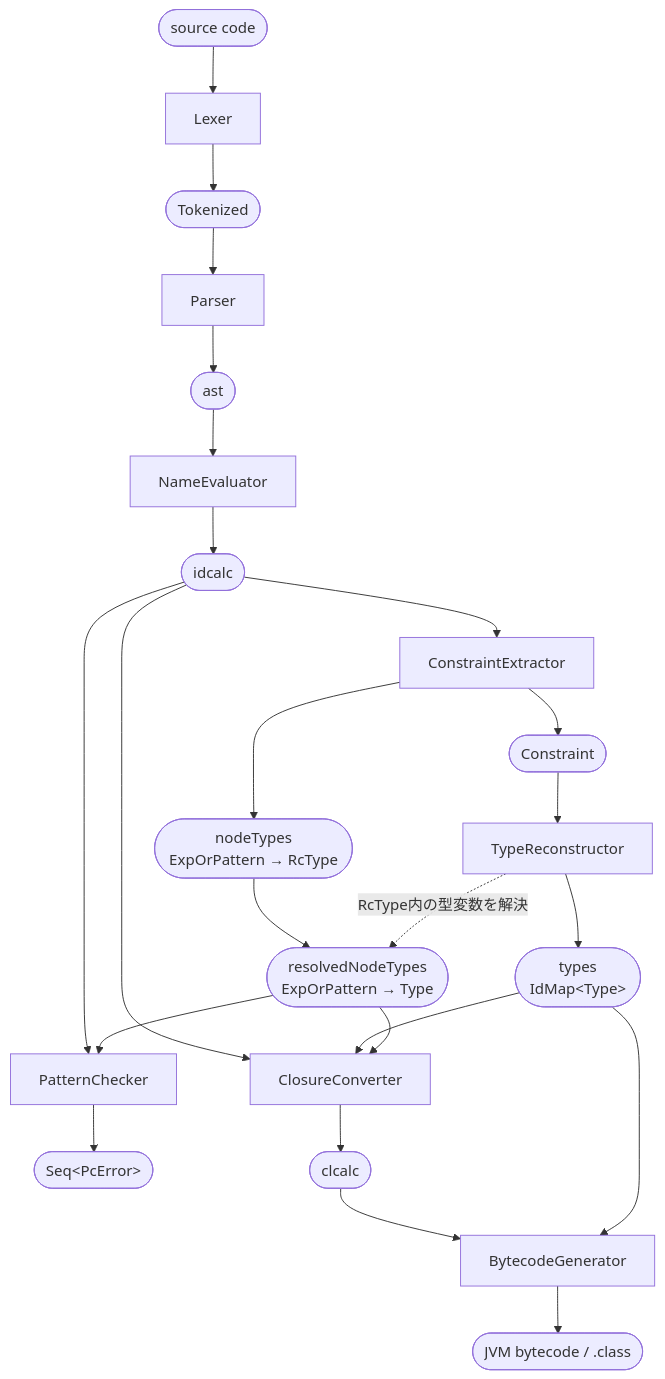
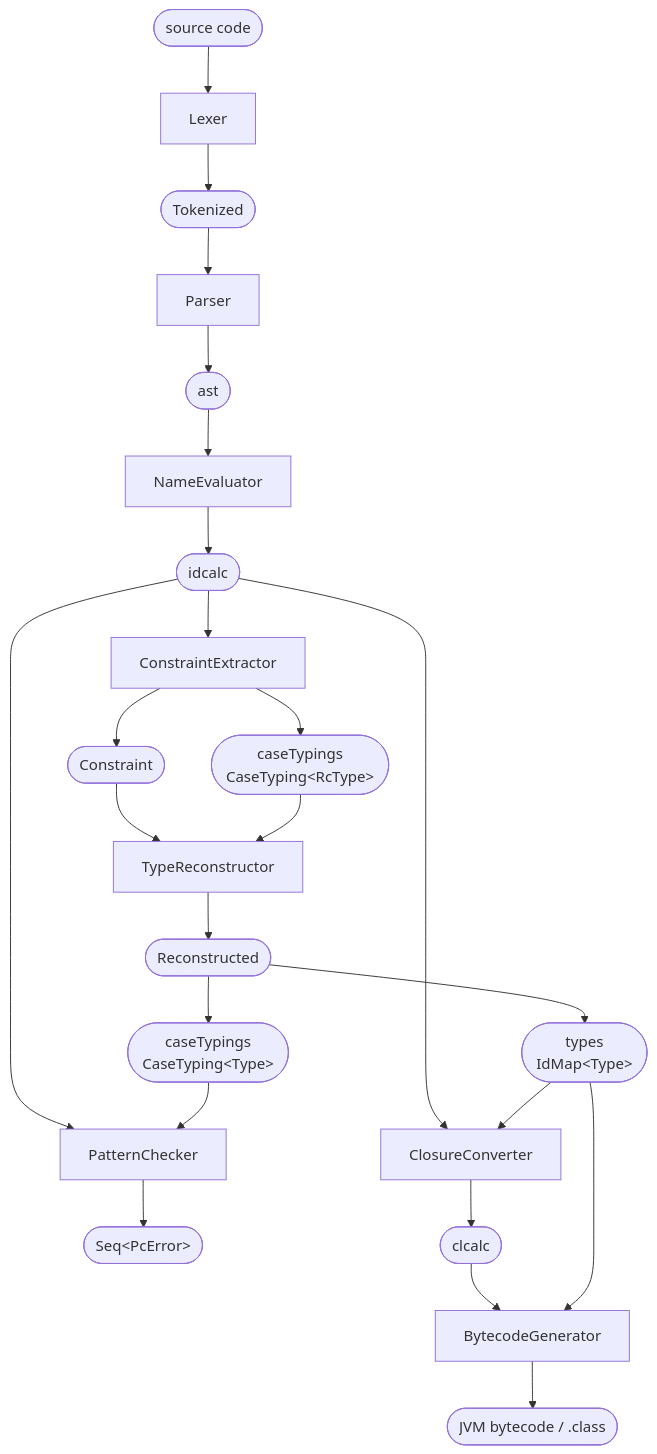
One commit to YuyaAizawa/zlk changed the diagram in ARCHITECTURE.md. Above: the diagram before and after it, drawn with Mermaid. The commit also changed other lines of this file and 16 other files, not shown here.

````diff
--- a/ARCHITECTURE.md
+++ b/ARCHITECTURE.md
@@ -7,31 +7,31 @@
 ```mermaid
 flowchart TD
     Source(["source code"]) --> Lexer["Lexer"]
     Lexer --> Tokens(["Tokenized"])
     Tokens --> Parser["Parser"]
     Parser --> AST(["ast"])
     AST --> NameEval["NameEvaluator"]
     NameEval --> IC(["idcalc"])
 
     IC --> Extract["ConstraintExtractor"]
     Extract --> Constraint(["Constraint"])
-    Extract --> RcNodeTypes(["nodeTypes<br/>ExpOrPattern → RcType"])
+    Extract --> RcCaseTypings(["caseTypings<br/>CaseTyping&lt;RcType&gt;"])
 
     Constraint --> Recon["TypeReconstructor"]
-    Recon --> Types(["types<br/>IdMap&lt;Type&gt;"])
-    RcNodeTypes --> ResolvedNodeTypes(["resolvedNodeTypes<br/>ExpOrPattern → Type"])
-    Recon -. "RcType内の型変数を解決" .-> ResolvedNodeTypes
+    RcCaseTypings --> Recon
+    Recon --> Reconstruction(["Reconstructed"])
+    Reconstruction --> Types(["types<br/>IdMap&lt;Type&gt;"])
+    Reconstruction --> CaseTypings(["caseTypings<br/>CaseTyping&lt;Type&gt;"])
 
     IC --> PatternCheck["PatternChecker"]
-    ResolvedNodeTypes --> PatternCheck
+    CaseTypings --> PatternCheck
     PatternCheck --> PcErrors(["Seq&lt;PcError&gt;"])
 
     IC --> Clconv["ClosureConverter"]
     Types --> Clconv
-    ResolvedNodeTypes --> Clconv
     Clconv --> CC(["clcalc"])
 
     CC --> BytecodeGen["BytecodeGenerator"]
     Types --> BytecodeGen
     BytecodeGen --> Class(["JVM bytecode / .class"])
 ```
````
